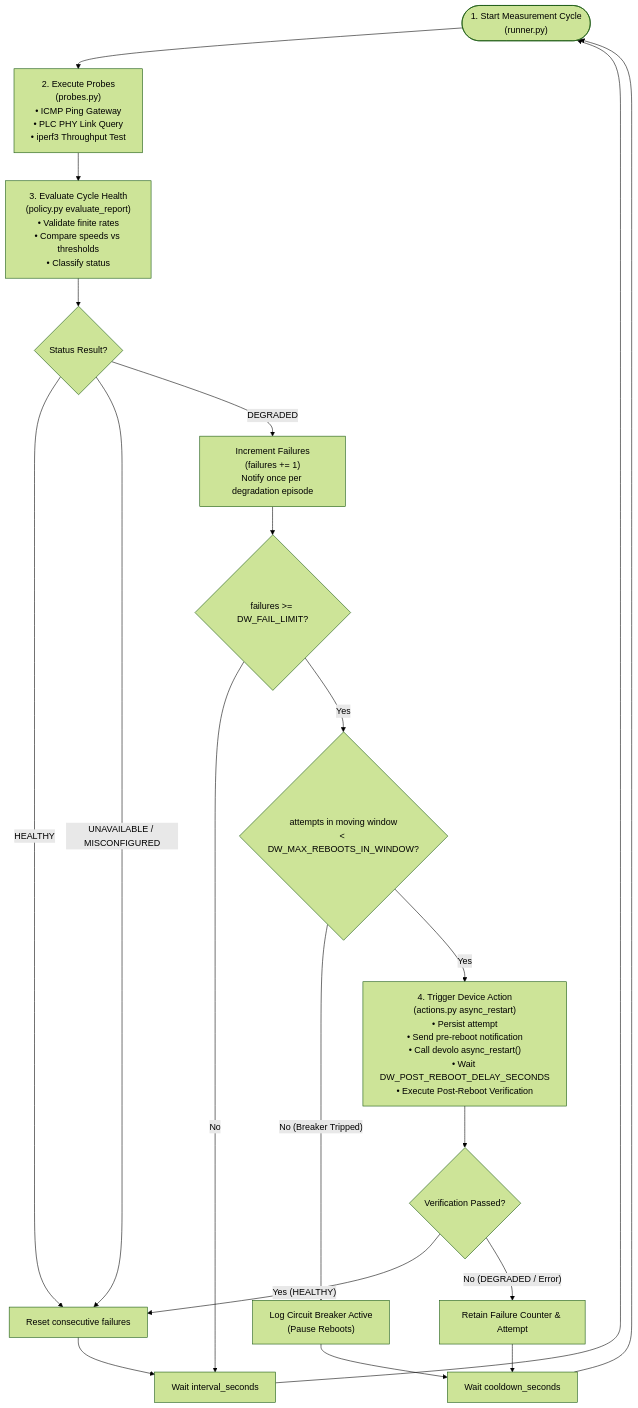
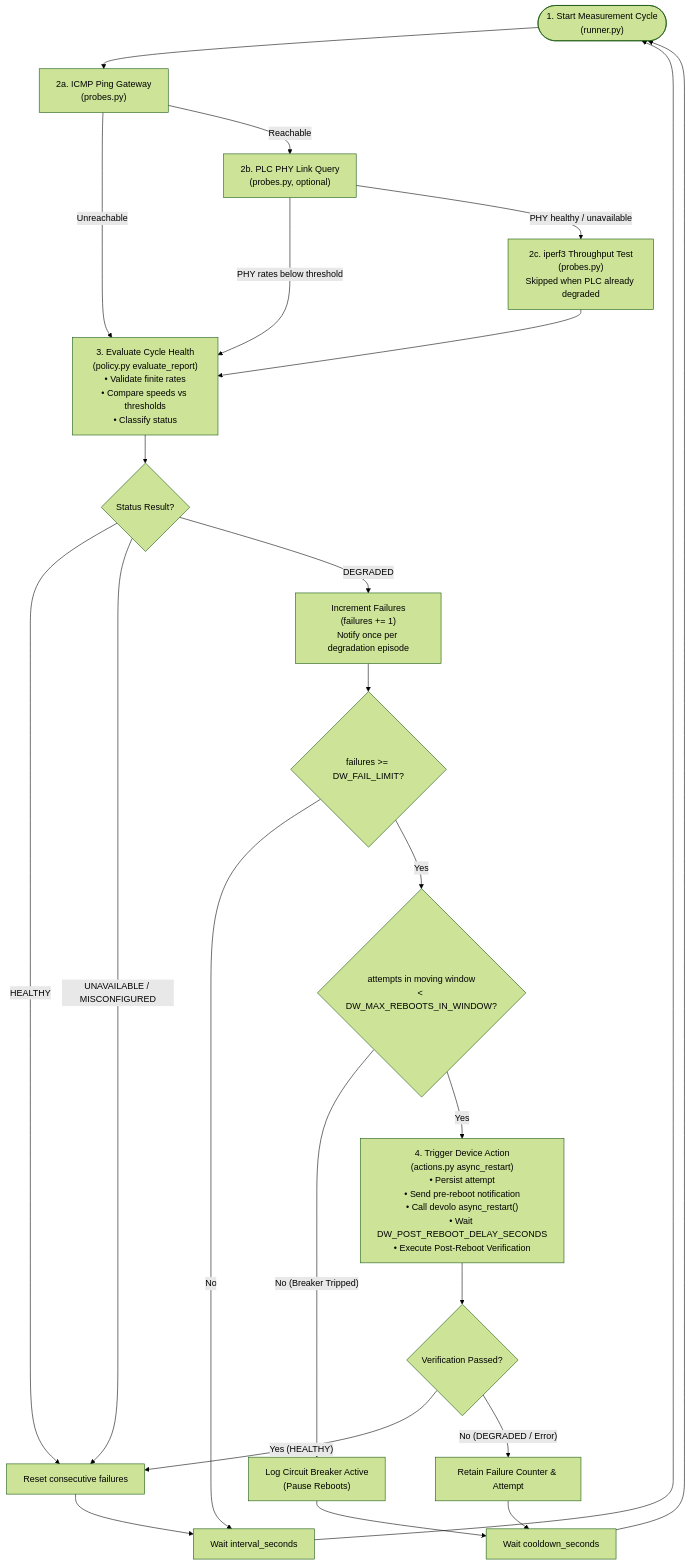
The second of 3 diagrams in README.md (valentinsviridov/devolo-throughput-watchdog), drawn with Mermaid (forest theme) before and after one commit. The commit also changed other lines of this file and 1 other file, not shown here.

Commit message:
feat: update README.md / GEMINI.md

````diff
--- a/README.md
+++ b/README.md
@@ -69,28 +69,34 @@
 ```mermaid
 graph TD
-    Start(["1. Start Measurement Cycle<br/>(runner.py)"]) --> ProbeStep["2. Execute Probes<br/>(probes.py)<br/>• ICMP Ping Gateway<br/>• PLC PHY Link Query<br/>• iperf3 Throughput Test"]
+    Start(["1. Start Measurement Cycle<br/>(runner.py)"]) --> GwProbe["2a. ICMP Ping Gateway<br/>(probes.py)"]
 
-    ProbeStep --> EvalStep["3. Evaluate Cycle Health<br/>(policy.py evaluate_report)<br/>• Validate finite rates<br/>• Compare speeds vs thresholds<br/>• Classify status"]
+    GwProbe -- "Unreachable" --> EvalStep
+    GwProbe -- "Reachable" --> PlcProbe["2b. PLC PHY Link Query<br/>(probes.py, optional)"]
+
+    PlcProbe -- "PHY rates below threshold" --> EvalStep
+    PlcProbe -- "PHY healthy / unavailable" --> IperfProbe["2c. iperf3 Throughput Test<br/>(probes.py)<br/>Skipped when PLC already degraded"]
+
+    IperfProbe --> EvalStep["3. Evaluate Cycle Health<br/>(policy.py evaluate_report)<br/>• Validate finite rates<br/>• Compare speeds vs thresholds<br/>• Classify status"]
 
     EvalStep --> CheckStatus{"Status Result?"}
 
     CheckStatus -- "HEALTHY" --> ResetCounter["Reset consecutive failures"]
     CheckStatus -- "UNAVAILABLE / MISCONFIGURED" --> ResetCounter
     CheckStatus -- "DEGRADED" --> IncCounter["Increment Failures<br/>(failures += 1)<br/>Notify once per degradation episode"]
 
     IncCounter --> CheckFailLimit{"failures >= DW_FAIL_LIMIT?"}
     CheckFailLimit -- "No" --> WaitInterval["Wait interval_seconds"]
 
     CheckFailLimit -- "Yes" --> CheckBreaker{"attempts in moving window<br/>< DW_MAX_REBOOTS_IN_WINDOW?"}
     CheckBreaker -- "No (Breaker Tripped)" --> LogBreaker["Log Circuit Breaker Active<br/>(Pause Reboots)"] --> WaitCooldown["Wait cooldown_seconds"]
 
     CheckBreaker -- "Yes" --> RebootStep["4. Trigger Device Action<br/>(actions.py async_restart)<br/>• Persist attempt<br/>• Send pre-reboot notification<br/>• Call devolo async_restart()<br/>• Wait DW_POST_REBOOT_DELAY_SECONDS<br/>• Execute Post-Reboot Verification"]
 
     RebootStep --> CheckVerify{"Verification Passed?"}
     CheckVerify -- "Yes (HEALTHY)" --> ResetCounter
     CheckVerify -- "No (DEGRADED / Error)" --> RetainFailures["Retain Failure Counter & Attempt"] --> WaitCooldown
 
     ResetCounter --> WaitInterval
     WaitInterval --> Start
     WaitCooldown --> Start
 ```
````
